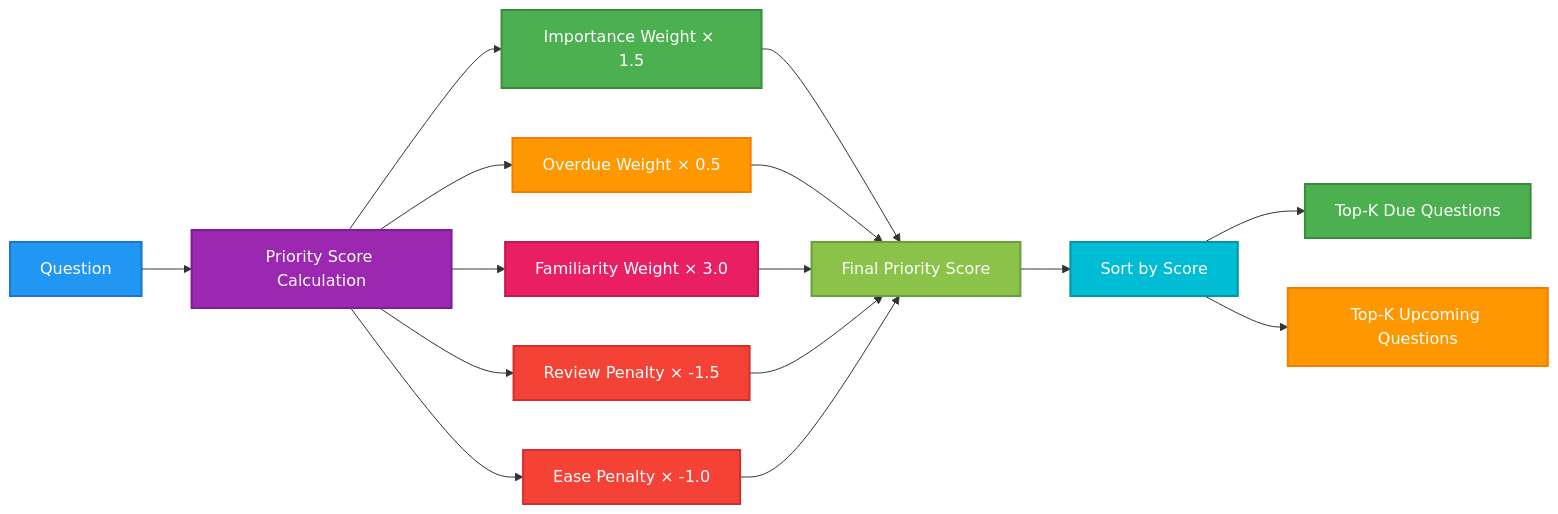
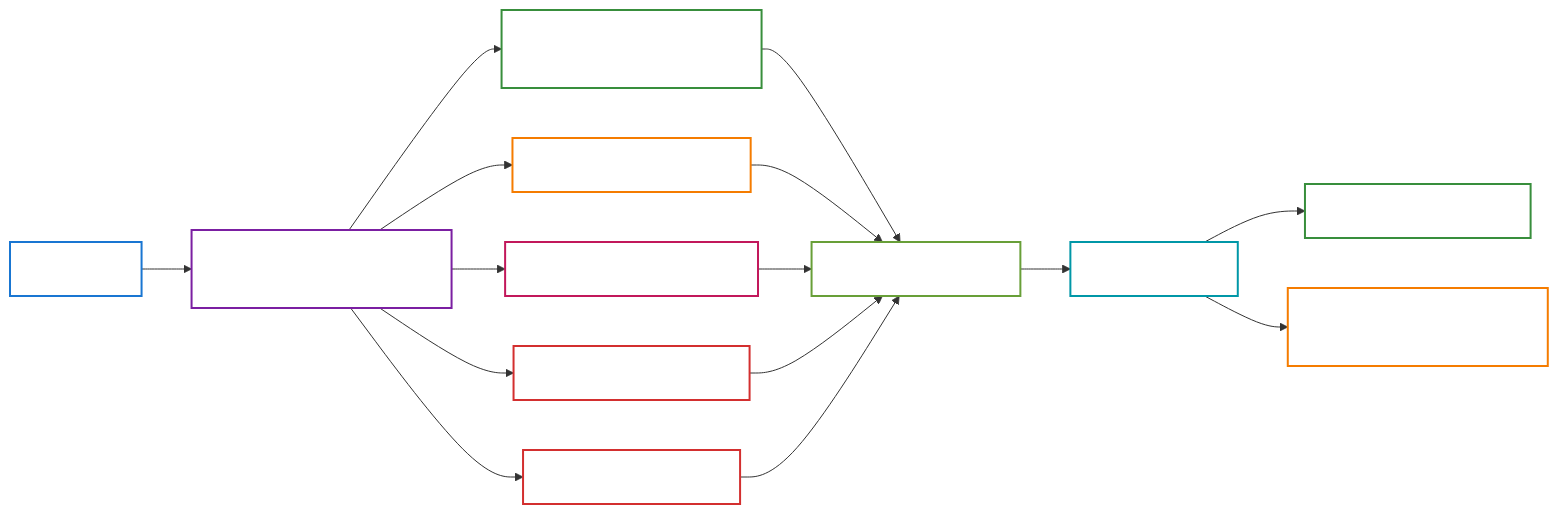
One commit to eannchen/leetsolv changed the sixth of 8 diagrams in README.md. Above: the diagram before and after it, drawn with Mermaid. The commit also changed other lines of this file, not shown here.

Commit message:
docs: update README.md to adjust flowchart styles by adding fill-opacity for improved visual clarity and consistency across all sections

````diff
--- a/README.md
+++ b/README.md
@@ -614,31 +614,31 @@
 ```mermaid
 graph LR
     A[Question] --> B[Priority Score Calculation]
     B --> C[Importance Weight × 1.5]
     B --> D[Overdue Weight × 0.5]
     B --> E[Familiarity Weight × 3.0]
     B --> F[Review Penalty × -1.5]
     B --> G[Ease Penalty × -1.0]
 
     C --> H[Final Priority Score]
     D --> H
     E --> H
     F --> H
     G --> H
 
     H --> I[Sort by Score]
     I --> J[Top-K Due Questions]
     I --> K[Top-K Upcoming Questions]
 
-    style A fill:#2196F3,stroke:#1976D2,stroke-width:2px,color:#ffffff
-    style B fill:#9C27B0,stroke:#7B1FA2,stroke-width:2px,color:#ffffff
-    style C fill:#4CAF50,stroke:#388E3C,stroke-width:2px,color:#ffffff
-    style D fill:#FF9800,stroke:#F57C00,stroke-width:2px,color:#ffffff
-    style E fill:#E91E63,stroke:#C2185B,stroke-width:2px,color:#ffffff
-    style F fill:#F44336,stroke:#D32F2F,stroke-width:2px,color:#ffffff
-    style G fill:#F44336,stroke:#D32F2F,stroke-width:2px,color:#ffffff
-    style H fill:#8BC34A,stroke:#689F38,stroke-width:2px,color:#ffffff
-    style I fill:#00BCD4,stroke:#0097A7,stroke-width:2px,color:#ffffff
-    style J fill:#4CAF50,stroke:#388E3C,stroke-width:2px,color:#ffffff
-    style K fill:#FF9800,stroke:#F57C00,stroke-width:2px,color:#ffffff
+    style A fill:#2196F3,fill-opacity:0,stroke:#1976D2,stroke-width:2px,color:#ffffff
+    style B fill:#9C27B0,fill-opacity:0,stroke:#7B1FA2,stroke-width:2px,color:#ffffff
+    style C fill:#4CAF50,fill-opacity:0,stroke:#388E3C,stroke-width:2px,color:#ffffff
+    style D fill:#FF9800,fill-opacity:0,stroke:#F57C00,stroke-width:2px,color:#ffffff
+    style E fill:#E91E63,fill-opacity:0,stroke:#C2185B,stroke-width:2px,color:#ffffff
+    style F fill:#F44336,fill-opacity:0,stroke:#D32F2F,stroke-width:2px,color:#ffffff
+    style G fill:#F44336,fill-opacity:0,stroke:#D32F2F,stroke-width:2px,color:#ffffff
+    style H fill:#8BC34A,fill-opacity:0,stroke:#689F38,stroke-width:2px,color:#ffffff
+    style I fill:#00BCD4,fill-opacity:0,stroke:#0097A7,stroke-width:2px,color:#ffffff
+    style J fill:#4CAF50,fill-opacity:0,stroke:#388E3C,stroke-width:2px,color:#ffffff
+    style K fill:#FF9800,fill-opacity:0,stroke:#F57C00,stroke-width:2px,color:#ffffff
 ```
````
